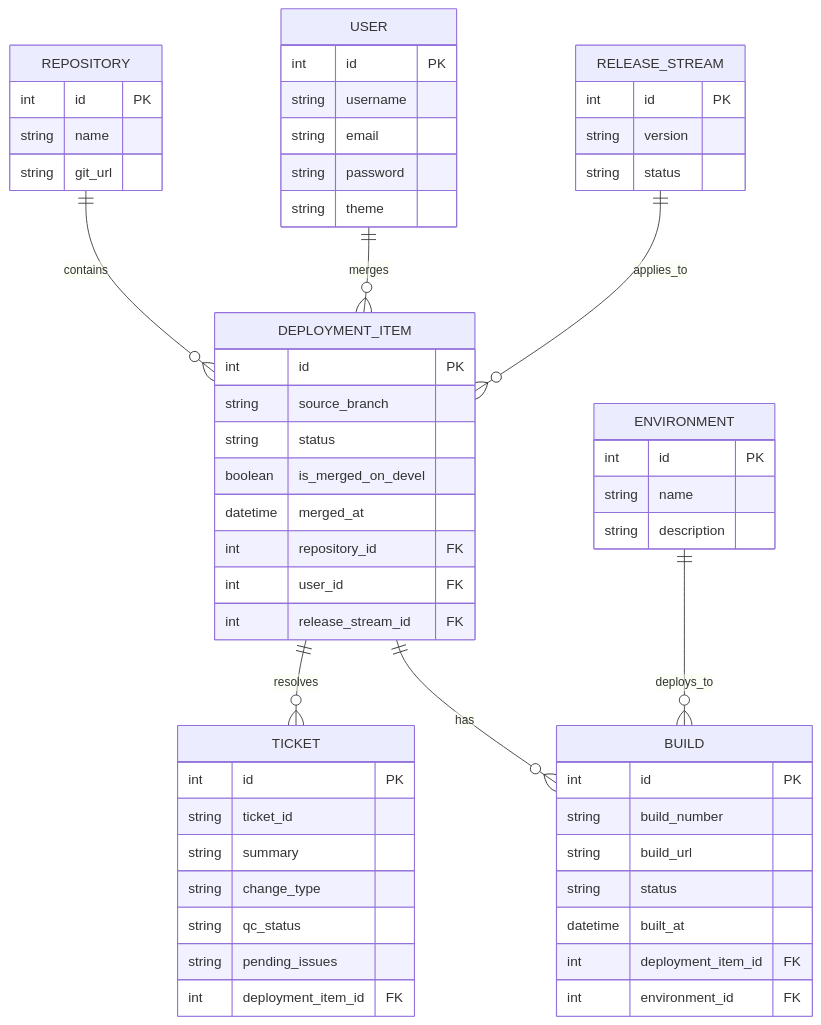
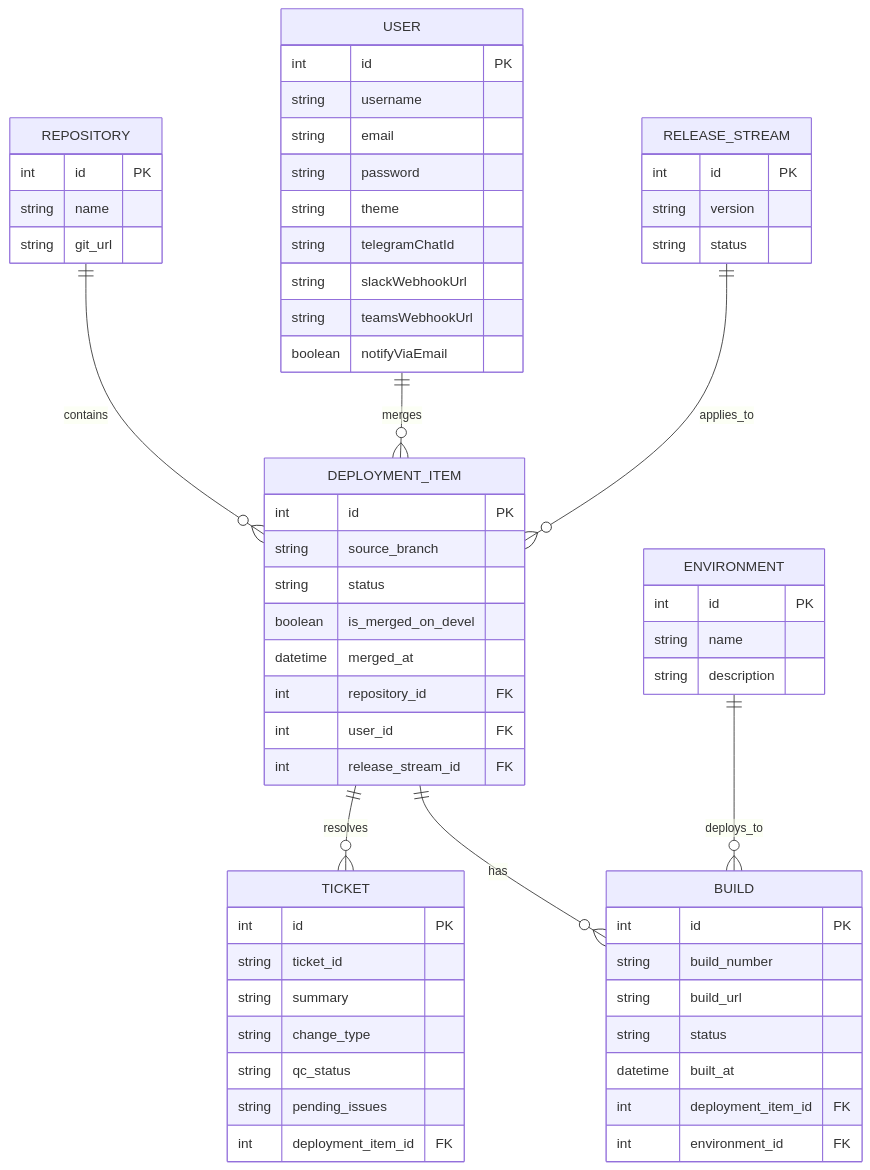
The diagram in docs/05-database.md (quocanhDev99/release_flow_platform), drawn with Mermaid before and after one commit. The commit also changed other lines of this file and 4 other files, not shown here.

````diff
--- a/docs/05-database.md
+++ b/docs/05-database.md
@@ -5,66 +5,70 @@
 ```mermaid
 erDiagram
     REPOSITORY ||--o{ DEPLOYMENT_ITEM : "contains"
     USER ||--o{ DEPLOYMENT_ITEM : "merges"
     RELEASE_STREAM ||--o{ DEPLOYMENT_ITEM : "applies_to"
     DEPLOYMENT_ITEM ||--o{ TICKET : "resolves"
     DEPLOYMENT_ITEM ||--o{ BUILD : "has"
     ENVIRONMENT ||--o{ BUILD : "deploys_to"
 
     REPOSITORY {
         int id PK
         string name
         string git_url
     }
 
     USER {
         int id PK
         string username
         string email
         string password
         string theme
+        string telegramChatId
+        string slackWebhookUrl
+        string teamsWebhookUrl
+        boolean notifyViaEmail
     }
 
     RELEASE_STREAM {
         int id PK
         string version
         string status
     }
 
     DEPLOYMENT_ITEM {
         int id PK
         string source_branch
         string status
         boolean is_merged_on_devel
         datetime merged_at
         int repository_id FK
         int user_id FK
         int release_stream_id FK
     }
 
     TICKET {
         int id PK
         string ticket_id
         string summary
         string change_type
         string qc_status
         string pending_issues
         int deployment_item_id FK
     }
 
     ENVIRONMENT {
         int id PK
         string name
         string description
     }
 
     BUILD {
         int id PK
         string build_number
         string build_url
         string status
         datetime built_at
         int deployment_item_id FK
         int environment_id FK
     }
 ```
````
